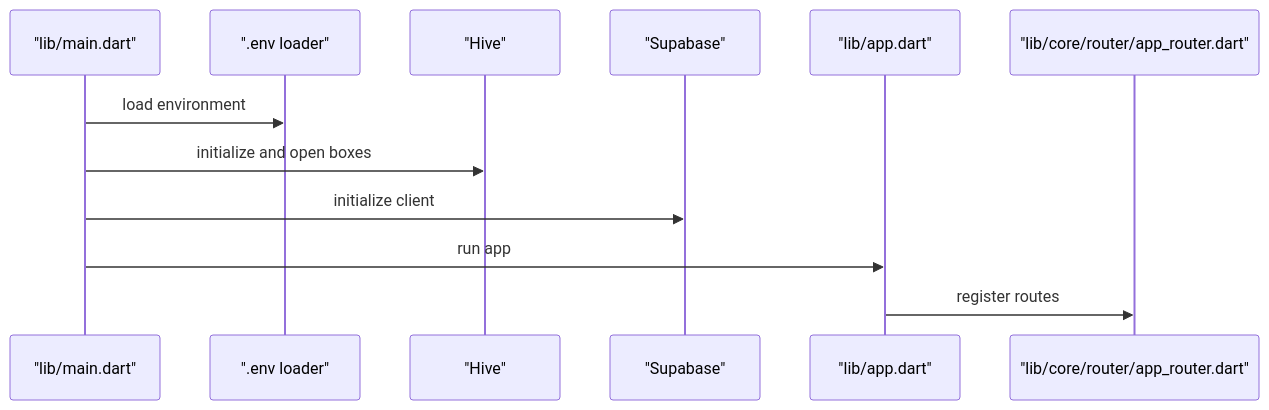
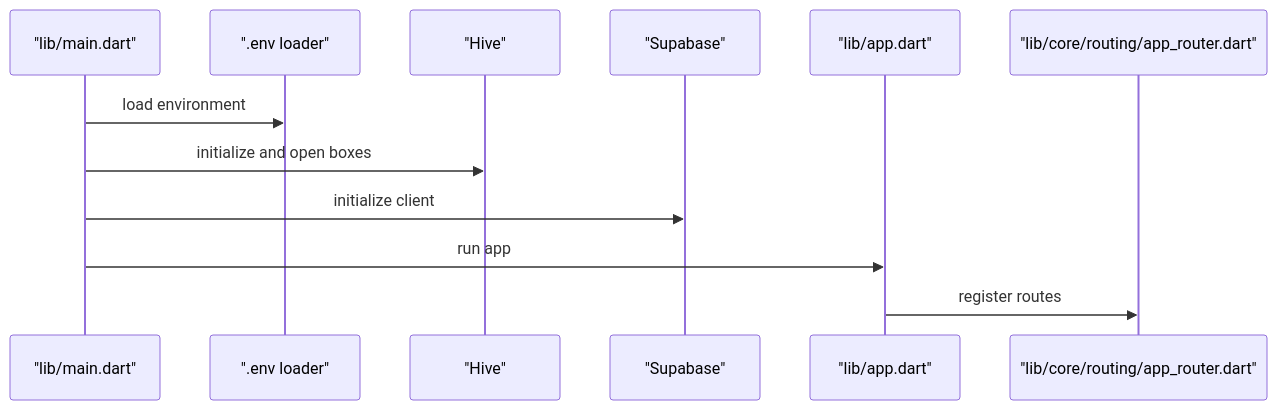
Before and after one commit to ARUNTHOMAS3/trans: the third of 7 diagrams in repowiki/en/content/Development Guidelines.md, drawn with Mermaid. The commit also changed other lines of this file and 112 other files, not shown here.

````diff
--- a/repowiki/en/content/Development Guidelines.md
+++ b/repowiki/en/content/Development Guidelines.md
@@ -159,14 +167,14 @@
 ```mermaid
 sequenceDiagram
 participant Entry as "lib/main.dart"
 participant Env as ".env loader"
 participant Hive as "Hive"
 participant Supa as "Supabase"
 participant App as "lib/app.dart"
-participant Router as "lib/core/router/app_router.dart"
+participant Router as "lib/core/routing/app_router.dart"
 Entry->>Env : load environment
 Entry->>Hive : initialize and open boxes
 Entry->>Supa : initialize client
 Entry->>App : run app
 App->>Router : register routes
 ```
````
